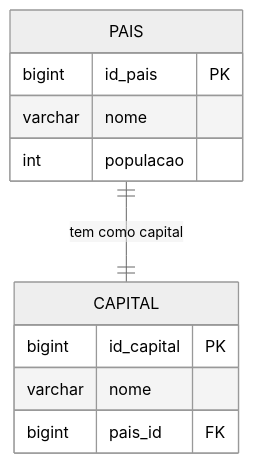
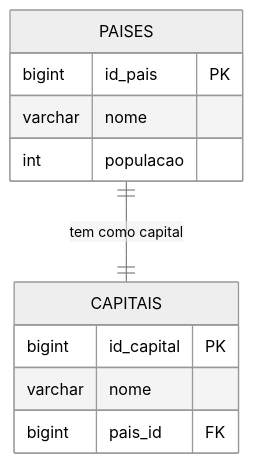
Before and after one commit to DSM-Fatec-Jahu/Banco-de-Dados-Relacional-IBD015: the second of 12 diagrams in aulas/Cardinalidade_MER_Completo.md, drawn with Mermaid (neutral theme). The commit also changed other lines of this file and 1 other file, not shown here.

````diff
--- a/aulas/Cardinalidade_MER_Completo.md
+++ b/aulas/Cardinalidade_MER_Completo.md
@@ -182,16 +182,16 @@
 ```mermaid
 erDiagram
-    PAIS {
+    PAISES {
         bigint id_pais PK
         varchar nome
         int populacao
     }
 
-    CAPITAL {
+    CAPITAIS {
         bigint id_capital PK
         varchar nome
         bigint pais_id FK
     }
 
-    PAIS ||--|| CAPITAL : "tem como capital"
+    PAISES ||--|| CAPITAIS : "tem como capital"
 ```
````
